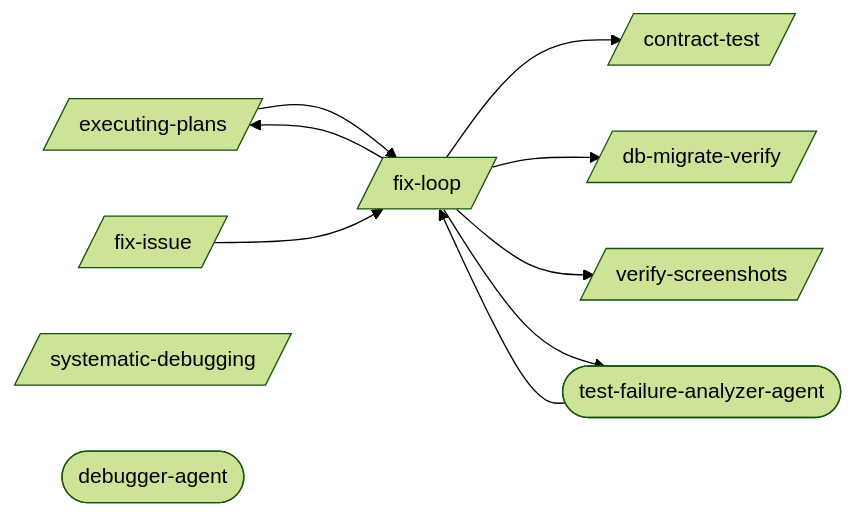
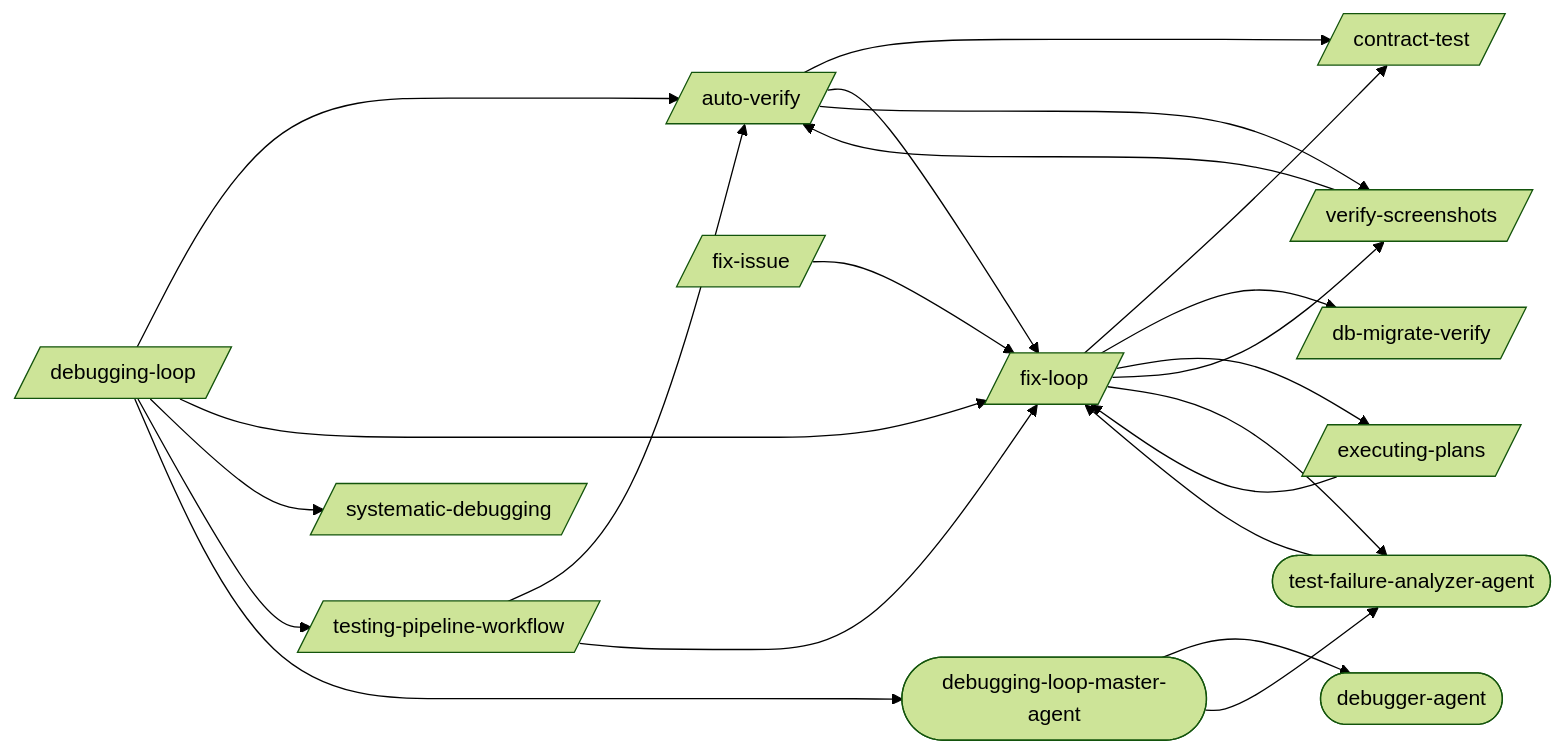
Before and after one commit to abhayla/claude-best-practices: the first of 2 diagrams in docs/workflows/debugging-loop.md, drawn with Mermaid (forest theme). The commit also changed other lines of this file and 11 other files, not shown here.

````diff
--- a/docs/workflows/debugging-loop.md
+++ b/docs/workflows/debugging-loop.md
@@ -9,20 +9,37 @@
 ```mermaid
 graph LR
+    auto_verify[/auto-verify/]
     contract_test[/contract-test/]
     db_migrate_verify[/db-migrate-verify/]
+    debugging_loop[/debugging-loop/]
     executing_plans[/executing-plans/]
     fix_issue[/fix-issue/]
     fix_loop[/fix-loop/]
     systematic_debugging[/systematic-debugging/]
+    testing_pipeline_workflow[/testing-pipeline-workflow/]
     verify_screenshots[/verify-screenshots/]
     debugger_agent([debugger-agent])
+    debugging_loop_master_agent([debugging-loop-master-agent])
     test_failure_analyzer_agent([test-failure-analyzer-agent])
+    auto_verify --> contract_test
+    auto_verify --> fix_loop
+    auto_verify --> verify_screenshots
+    debugging_loop --> auto_verify
+    debugging_loop --> fix_loop
+    debugging_loop --> systematic_debugging
+    debugging_loop --> testing_pipeline_workflow
+    debugging_loop --> debugging_loop_master_agent
     executing_plans --> fix_loop
     fix_issue --> fix_loop
     fix_loop --> contract_test
     fix_loop --> db_migrate_verify
     fix_loop --> executing_plans
     fix_loop --> verify_screenshots
     fix_loop --> test_failure_analyzer_agent
+    testing_pipeline_workflow --> auto_verify
+    testing_pipeline_workflow --> fix_loop
+    verify_screenshots --> auto_verify
+    debugging_loop_master_agent --> debugger_agent
+    debugging_loop_master_agent --> test_failure_analyzer_agent
     test_failure_analyzer_agent --> fix_loop
 ```
````
